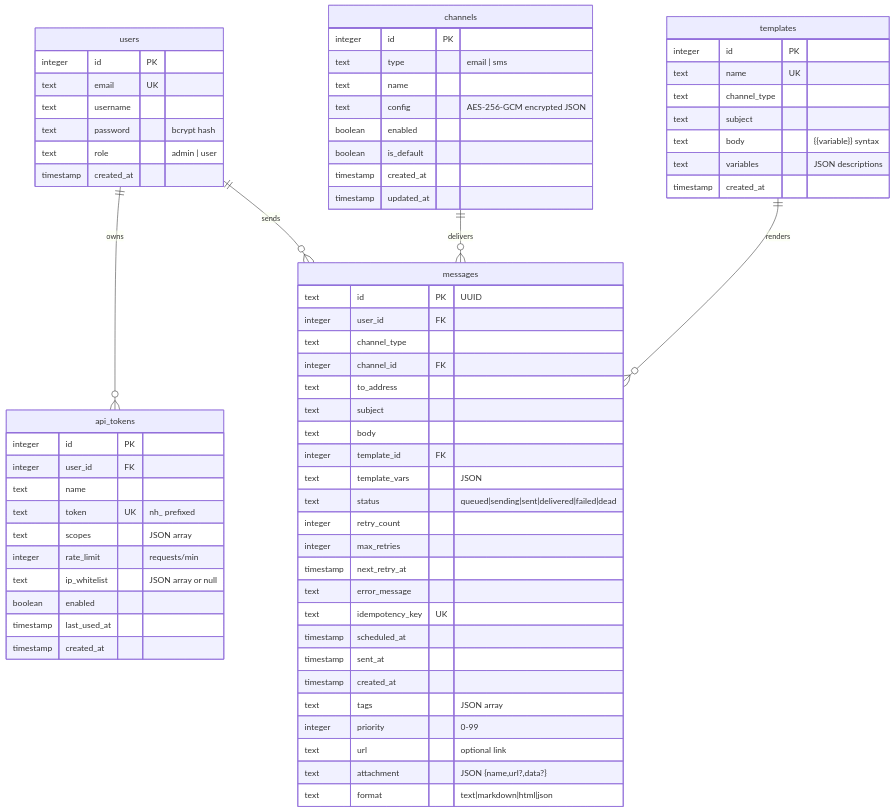
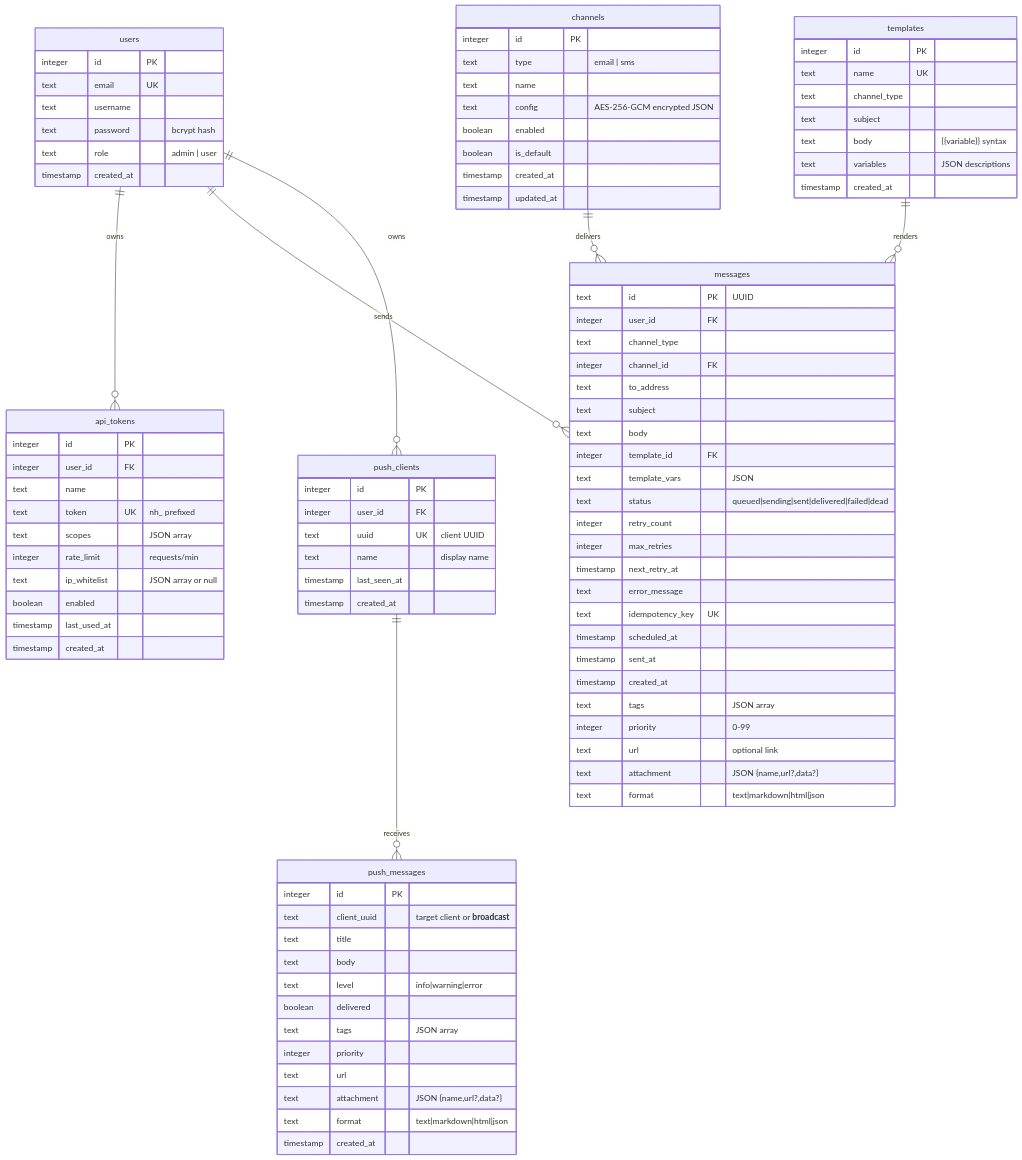
One commit to XUranus/notify-hub changed the fourth of 4 diagrams in docs/docs/architecture.md. Above: the diagram before and after it, drawn with Mermaid. The commit also changed other lines of this file and 11 other files, not shown here.

````diff
--- a/docs/docs/architecture.md
+++ b/docs/docs/architecture.md
@@ -216,4 +222,30 @@
     users ||--o{ messages : "sends"
     channels ||--o{ messages : "delivers"
     templates ||--o{ messages : "renders"
+    users ||--o{ push_clients : "owns"
+    push_clients ||--o{ push_messages : "receives"
+
+    push_clients {
+        integer id PK
+        integer user_id FK
+        text uuid UK "client UUID"
+        text name "display name"
+        timestamp last_seen_at
+        timestamp created_at
+    }
+
+    push_messages {
+        integer id PK
+        text client_uuid "target client or __broadcast__"
+        text title
+        text body
+        text level "info|warning|error"
+        boolean delivered
+        text tags "JSON array"
+        integer priority
+        text url
+        text attachment "JSON {name,url?,data?}"
+        text format "text|markdown|html|json"
+        timestamp created_at
+    }
 ```
````
